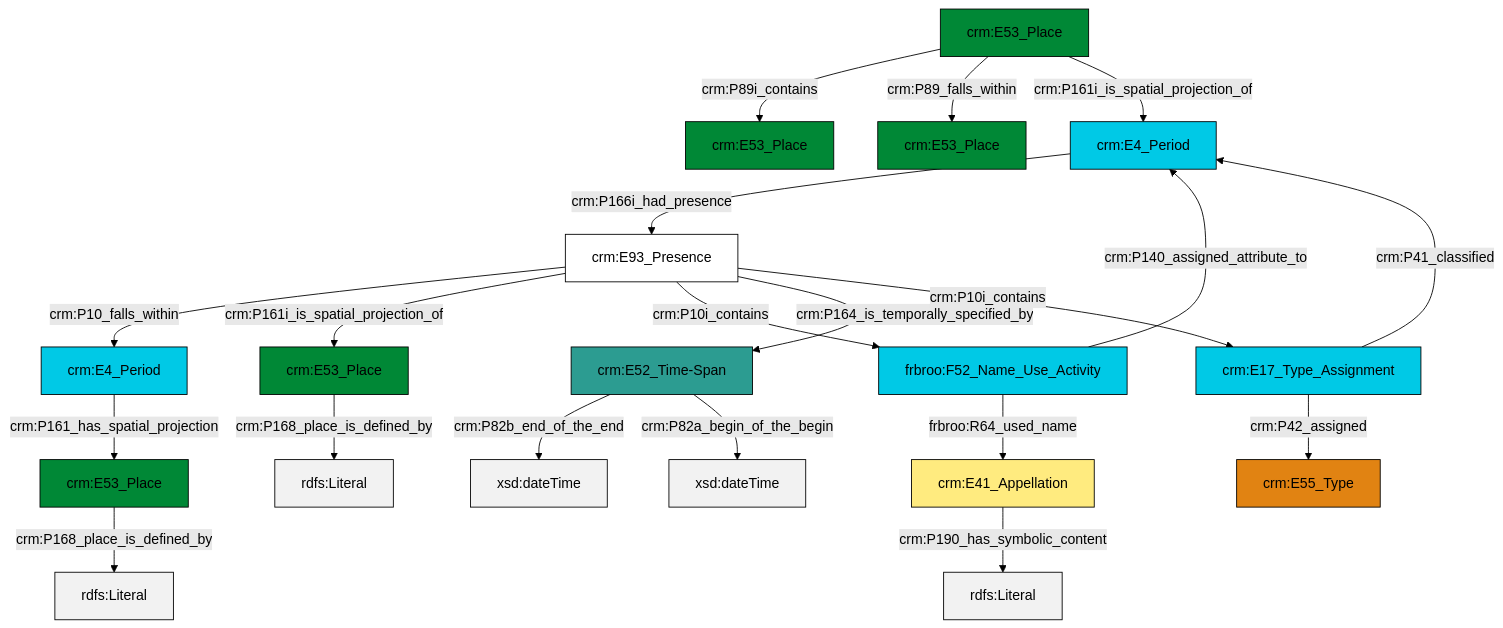
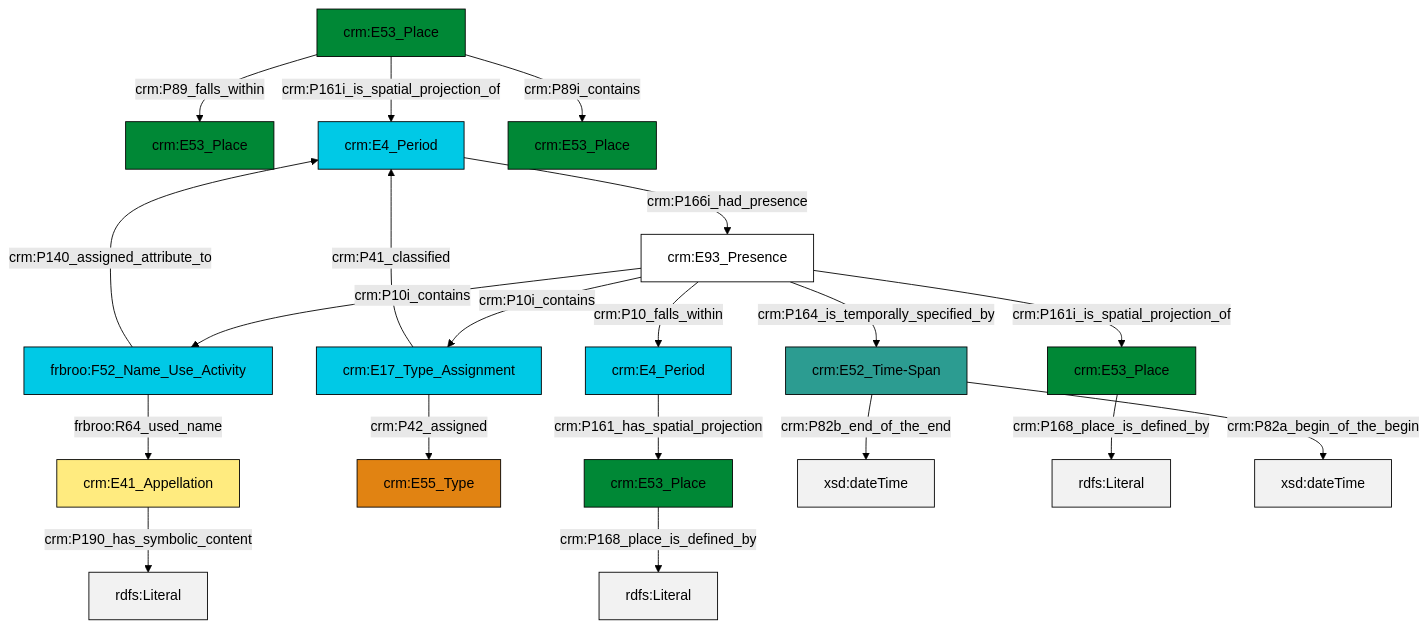
The diagram in et/placeCSV/ttl/mmd/place_parthood.ttl.mmd (swiss-art-research-net/docs.swissartresearch), drawn with Mermaid (forest theme) before and after one commit. The commit also changed 183 other files, not shown here.

```diff
--- a/et/placeCSV/ttl/mmd/place_parthood.ttl.mmd
+++ b/et/placeCSV/ttl/mmd/place_parthood.ttl.mmd
@@ -1,34 +1,34 @@
 graph TD
 classDef Literal fill:#f2f2f2,stroke:#000000;
 classDef CRM_Entity fill:#FFFFFF,stroke:#000000;
 classDef Temporal_Entity fill:#00C9E6, stroke:#000000;
 classDef Type fill:#E18312, stroke:#000000;
 classDef Time-Span fill:#2C9C91, stroke:#000000;
 classDef Appellation fill:#FFEB7F, stroke:#000000;
 classDef Place fill:#008836, stroke:#000000;
 classDef Persistent_Item fill:#B266B2, stroke:#000000;
 classDef Conceptual_Object fill:#FFD700, stroke:#000000;
 classDef Physical_Thing fill:#D2B48C, stroke:#000000;
 classDef Actor fill:#f58aad, stroke:#000000;
 classDef PC_Classes fill:#4ce600, stroke:#000000;
 classDef Multi fill:#cccccc,stroke:#000000;
 
-4["crm:E17_Type_Assignment"]:::Temporal_Entity -->|crm:P41_classified| 5["crm:E4_Period"]:::Temporal_Entity
-0["crm:E53_Place"]:::Place -->|crm:P89i_contains| 2["crm:E53_Place"]:::Place
-8["crm:E93_Presence"]:::CRM_Entity -->|crm:P10_falls_within| 9["crm:E4_Period"]:::Temporal_Entity
-10["frbroo:F52_Name_Use_Activity"]:::Temporal_Entity -->|crm:P140_assigned_attribute_to| 5["crm:E4_Period"]:::Temporal_Entity
-8["crm:E93_Presence"]:::CRM_Entity -->|crm:P161i_is_spatial_projection_of| 12["crm:E53_Place"]:::Place
-13["crm:E52_Time-Span"]:::Time-Span -->|crm:P82b_end_of_the_end| 14[xsd:dateTime]:::Literal
-4["crm:E17_Type_Assignment"]:::Temporal_Entity -->|crm:P42_assigned| 15["crm:E55_Type"]:::Type
-9["crm:E4_Period"]:::Temporal_Entity -->|crm:P161_has_spatial_projection| 16["crm:E53_Place"]:::Place
-6["crm:E41_Appellation"]:::Appellation -->|crm:P190_has_symbolic_content| 18[rdfs:Literal]:::Literal
-16["crm:E53_Place"]:::Place -->|crm:P168_place_is_defined_by| 19[rdfs:Literal]:::Literal
-8["crm:E93_Presence"]:::CRM_Entity -->|crm:P10i_contains| 10["frbroo:F52_Name_Use_Activity"]:::Temporal_Entity
-12["crm:E53_Place"]:::Place -->|crm:P168_place_is_defined_by| 20[rdfs:Literal]:::Literal
-0["crm:E53_Place"]:::Place -->|crm:P89_falls_within| 21["crm:E53_Place"]:::Place
-8["crm:E93_Presence"]:::CRM_Entity -->|crm:P164_is_temporally_specified_by| 13["crm:E52_Time-Span"]:::Time-Span
-0["crm:E53_Place"]:::Place -->|crm:P161i_is_spatial_projection_of| 5["crm:E4_Period"]:::Temporal_Entity
-10["frbroo:F52_Name_Use_Activity"]:::Temporal_Entity -->|frbroo:R64_used_name| 6["crm:E41_Appellation"]:::Appellation
-5["crm:E4_Period"]:::Temporal_Entity -->|crm:P166i_had_presence| 8["crm:E93_Presence"]:::CRM_Entity
-8["crm:E93_Presence"]:::CRM_Entity -->|crm:P10i_contains| 4["crm:E17_Type_Assignment"]:::Temporal_Entity
-13["crm:E52_Time-Span"]:::Time-Span -->|crm:P82a_begin_of_the_begin| 29[xsd:dateTime]:::Literal
+4["crm:E4_Period"]:::Temporal_Entity -->|crm:P166i_had_presence| 5["crm:E93_Presence"]:::CRM_Entity
+6["crm:E17_Type_Assignment"]:::Temporal_Entity -->|crm:P42_assigned| 7["crm:E55_Type"]:::Type
+8["crm:E53_Place"]:::Place -->|crm:P89_falls_within| 2["crm:E53_Place"]:::Place
+5["crm:E93_Presence"]:::CRM_Entity -->|crm:P161i_is_spatial_projection_of| 10["crm:E53_Place"]:::Place
+5["crm:E93_Presence"]:::CRM_Entity -->|crm:P10i_contains| 11["frbroo:F52_Name_Use_Activity"]:::Temporal_Entity
+5["crm:E93_Presence"]:::CRM_Entity -->|crm:P164_is_temporally_specified_by| 13["crm:E52_Time-Span"]:::Time-Span
+11["frbroo:F52_Name_Use_Activity"]:::Temporal_Entity -->|crm:P140_assigned_attribute_to| 4["crm:E4_Period"]:::Temporal_Entity
+6["crm:E17_Type_Assignment"]:::Temporal_Entity -->|crm:P41_classified| 4["crm:E4_Period"]:::Temporal_Entity
+5["crm:E93_Presence"]:::CRM_Entity -->|crm:P10_falls_within| 16["crm:E4_Period"]:::Temporal_Entity
+5["crm:E93_Presence"]:::CRM_Entity -->|crm:P10i_contains| 6["crm:E17_Type_Assignment"]:::Temporal_Entity
+8["crm:E53_Place"]:::Place -->|crm:P161i_is_spatial_projection_of| 4["crm:E4_Period"]:::Temporal_Entity
+11["frbroo:F52_Name_Use_Activity"]:::Temporal_Entity -->|frbroo:R64_used_name| 19["crm:E41_Appellation"]:::Appellation
+13["crm:E52_Time-Span"]:::Time-Span -->|crm:P82b_end_of_the_end| 20[xsd:dateTime]:::Literal
+19["crm:E41_Appellation"]:::Appellation -->|crm:P190_has_symbolic_content| 22[rdfs:Literal]:::Literal
+8["crm:E53_Place"]:::Place -->|crm:P89i_contains| 24["crm:E53_Place"]:::Place
+10["crm:E53_Place"]:::Place -->|crm:P168_place_is_defined_by| 26[rdfs:Literal]:::Literal
+16["crm:E4_Period"]:::Temporal_Entity -->|crm:P161_has_spatial_projection| 0["crm:E53_Place"]:::Place
+0["crm:E53_Place"]:::Place -->|crm:P168_place_is_defined_by| 29[rdfs:Literal]:::Literal
+13["crm:E52_Time-Span"]:::Time-Span -->|crm:P82a_begin_of_the_begin| 30[xsd:dateTime]:::Literal
```
